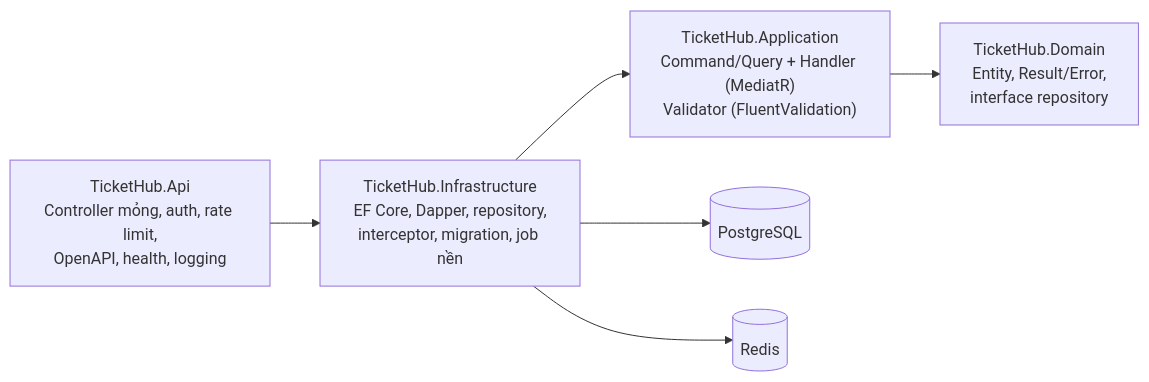
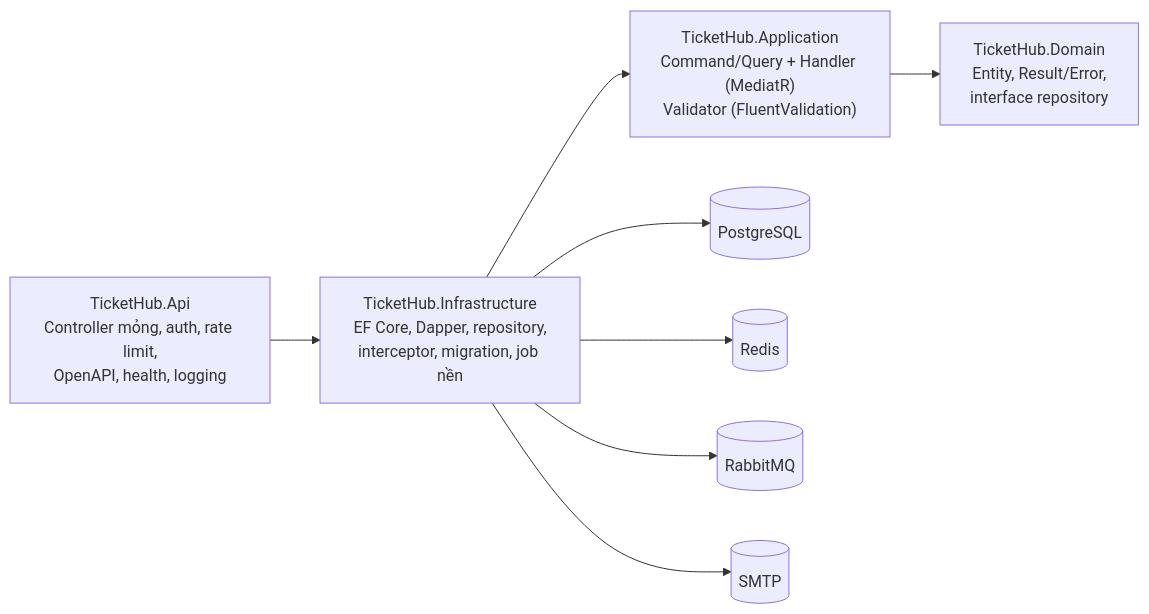
Before and after one commit to XuanThai18/TicketHub: the third of 3 diagrams in README.md, drawn with Mermaid. The commit also changed other lines of this file and 2 other files, not shown here.

````diff
--- a/README.md
+++ b/README.md
@@ -61,10 +79,12 @@
 ```mermaid
 flowchart LR
     Api["TicketHub.Api<br/>Controller mỏng, auth, rate limit,<br/>OpenAPI, health, logging"]
     App["TicketHub.Application<br/>Command/Query + Handler (MediatR)<br/>Validator (FluentValidation)"]
     Infra["TicketHub.Infrastructure<br/>EF Core, Dapper, repository,<br/>interceptor, migration, job nền"]
     Domain["TicketHub.Domain<br/>Entity, Result/Error,<br/>interface repository"]
     Api --> Infra --> App --> Domain
     Infra --> PG[(PostgreSQL)]
     Infra --> Redis[(Redis)]
+    Infra --> MQ[(RabbitMQ)]
+    Infra --> SMTP[(SMTP)]
 ```
````
